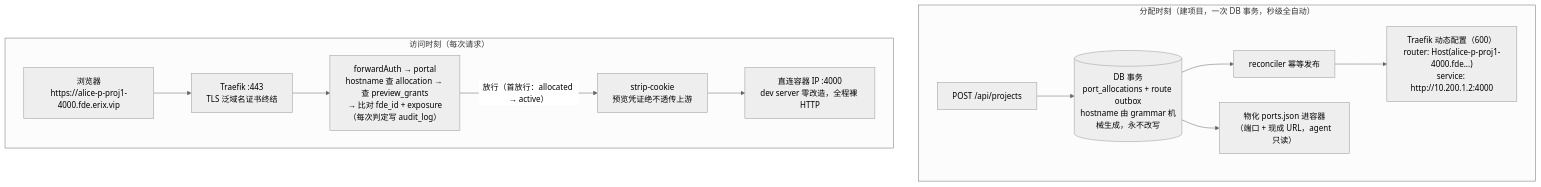
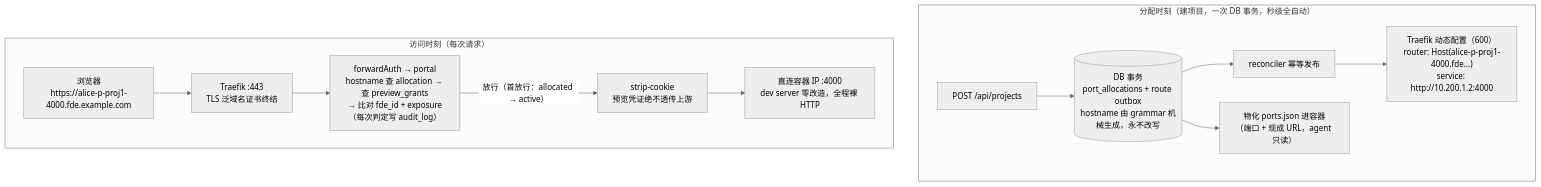
The fourth of 4 diagrams in docs/charts.zh.md (ErixWong/erix-station), drawn with Mermaid (neutral theme) before and after one commit. The commit also changed other lines of this file and 14 other files, not shown here.

````diff
--- a/docs/charts.zh.md
+++ b/docs/charts.zh.md
@@ -205,16 +207,16 @@
 ```mermaid
 flowchart TB
     subgraph alloc["分配时刻（建项目，一次 DB 事务，秒级全自动）"]
         A["POST /api/projects"] --> B[("DB 事务<br/>port_allocations + route outbox<br/>hostname 由 grammar 机械生成，永不改写")]
         B --> C["reconciler 幂等发布"]
         C --> D["Traefik 动态配置（600）<br/>router: Host(alice-p-proj1-4000.fde...)<br/>service: http://10.200.1.2:4000"]
         B --> E["物化 ports.json 进容器<br/>（端口 + 现成 URL，agent 只读）"]
     end
 
     subgraph access["访问时刻（每次请求）"]
-        BR2["浏览器<br/>https://alice-p-proj1-4000.fde.erix.vip"] --> T2["Traefik :443<br/>TLS 泛域名证书终结"]
+        BR2["浏览器<br/>https://alice-p-proj1-4000.fde.example.com"] --> T2["Traefik :443<br/>TLS 泛域名证书终结"]
         T2 --> FA["forwardAuth → portal<br/>hostname 查 allocation → 查 preview_grants<br/>→ 比对 fde_id + exposure（每次判定写 audit_log）"]
         FA -- "放行（首放行：allocated → active）" --> SC["strip-cookie<br/>预览凭证绝不透传上游"]
         SC --> IP["直连容器 IP :4000<br/>dev server 零改造，全程裸 HTTP"]
     end
 ```
````
